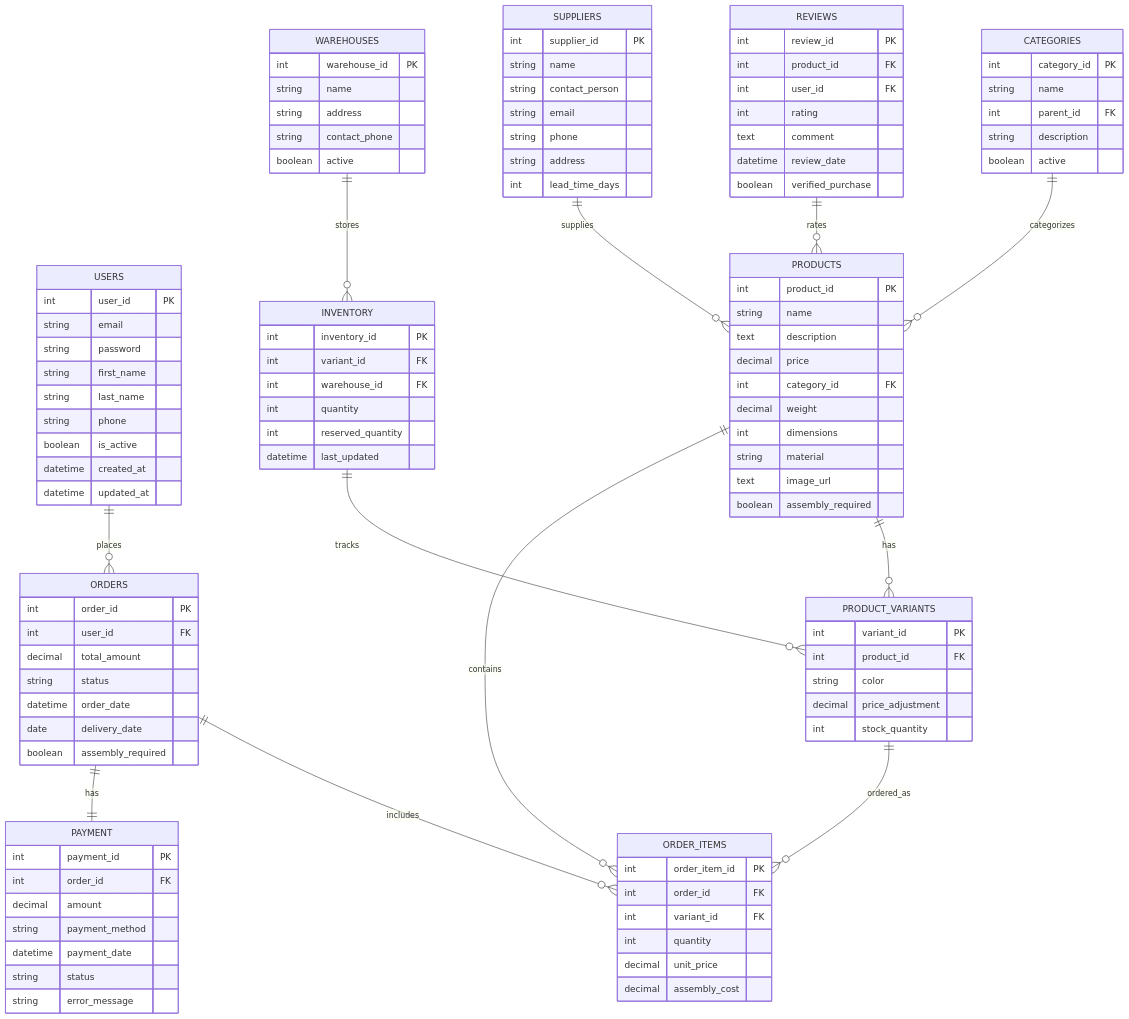
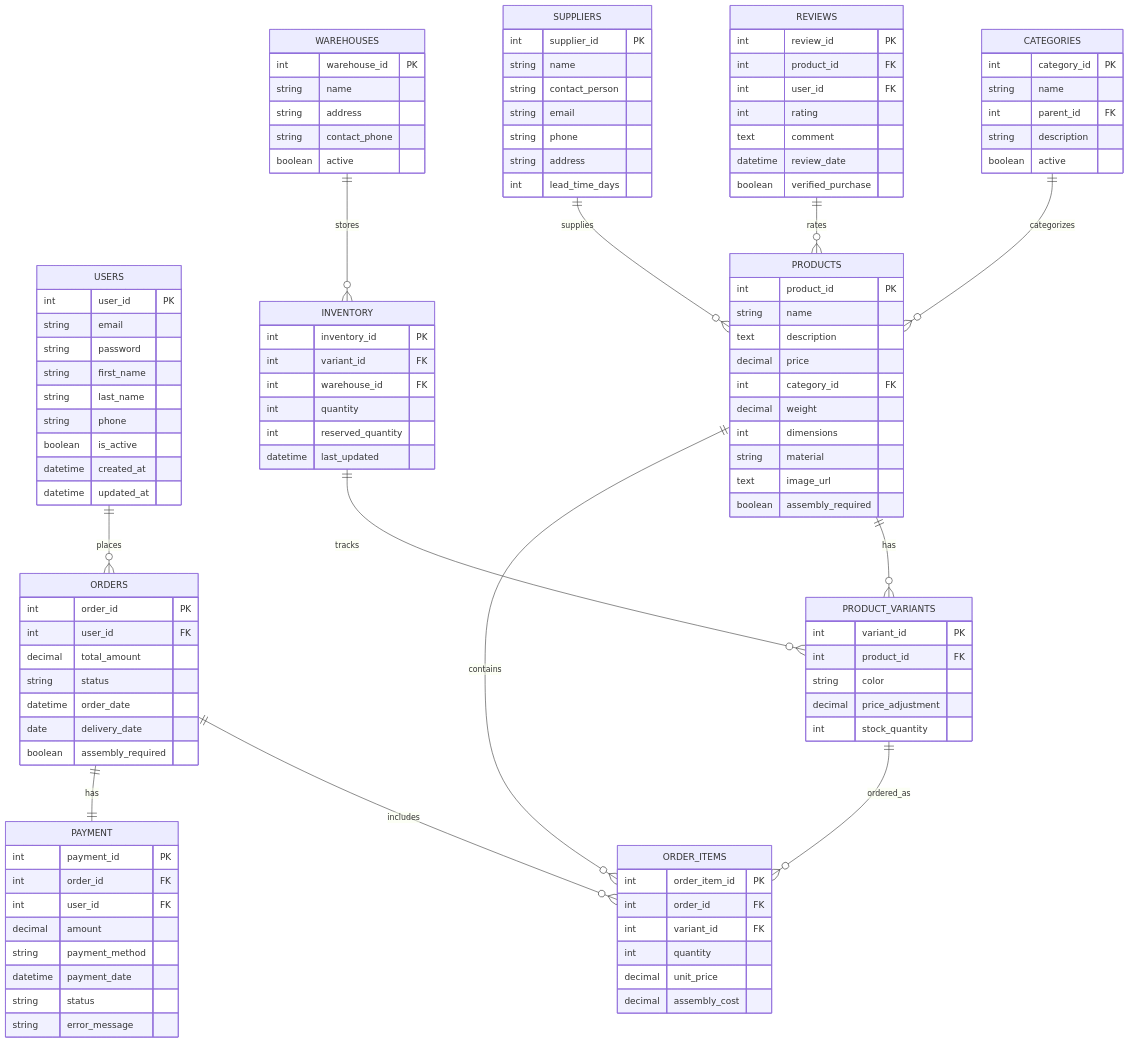
Before and after one commit to Akanksha-codes/furniture-webshop: the diagram in furniture_db_diagram.mermaid, drawn with Mermaid.

```diff
--- a/furniture_db_diagram.mermaid
+++ b/furniture_db_diagram.mermaid
@@ -1,117 +1,118 @@
 erDiagram
     USERS ||--o{ ORDERS : places
     USERS {
         int user_id PK
         string email
         string password
         string first_name
         string last_name
         string phone
         boolean is_active
         datetime created_at
         datetime updated_at
     }
     
     PRODUCTS ||--o{ PRODUCT_VARIANTS : has
     PRODUCTS ||--o{ ORDER_ITEMS : contains
     PRODUCTS {
         int product_id PK
         string name
         text description
         decimal price
         int category_id FK
         decimal weight
         int dimensions
         string material
         text image_url
         boolean assembly_required
     }
    CATEGORIES ||--o{ PRODUCTS : categorizes
     CATEGORIES {
         int category_id PK
         string name
         int parent_id FK
         string description
         boolean active
     }
 
     ORDERS ||--o{ ORDER_ITEMS : includes
     ORDERS ||--|| PAYMENT : has
     ORDERS {
         int order_id PK
         int user_id FK
         decimal total_amount
         string status
         datetime order_date
         date delivery_date
         boolean assembly_required
     }
 
     PAYMENT {
         int payment_id PK
         int order_id FK
+        int user_id FK
         decimal amount
         string payment_method
         datetime payment_date
         string status
         string error_message
     }
 
     PRODUCT_VARIANTS ||--o{ ORDER_ITEMS : ordered_as
     PRODUCT_VARIANTS {
         int variant_id PK
         int product_id FK
         string color
         decimal price_adjustment
         int stock_quantity
     }
 
     ORDER_ITEMS {
         int order_item_id PK
         int order_id FK
         int variant_id FK
         int quantity
         decimal unit_price
         decimal assembly_cost
     }
 
     INVENTORY ||--o{ PRODUCT_VARIANTS : tracks
     INVENTORY {
         int inventory_id PK
         int variant_id FK
         int warehouse_id FK
         int quantity
         int reserved_quantity
         datetime last_updated
     }
 
     WAREHOUSES ||--o{ INVENTORY : stores
     WAREHOUSES {
         int warehouse_id PK
         string name
         string address
         string contact_phone
         boolean active
     }
 
     REVIEWS ||--o{ PRODUCTS : rates
     REVIEWS {
         int review_id PK
         int product_id FK
         int user_id FK
         int rating
         text comment
         datetime review_date
         boolean verified_purchase
     }
 
     SUPPLIERS ||--o{ PRODUCTS : supplies
     SUPPLIERS {
         int supplier_id PK
         string name
         string contact_person
         string email
         string phone
         string address
         int lead_time_days
     }
```
